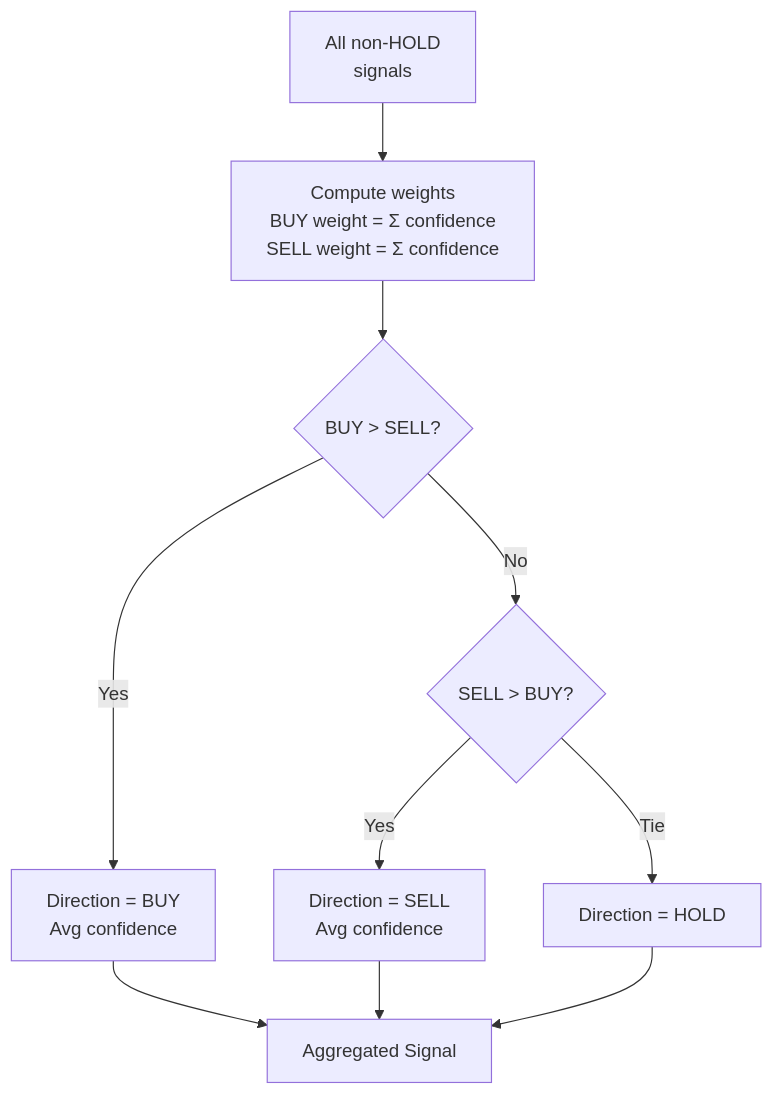
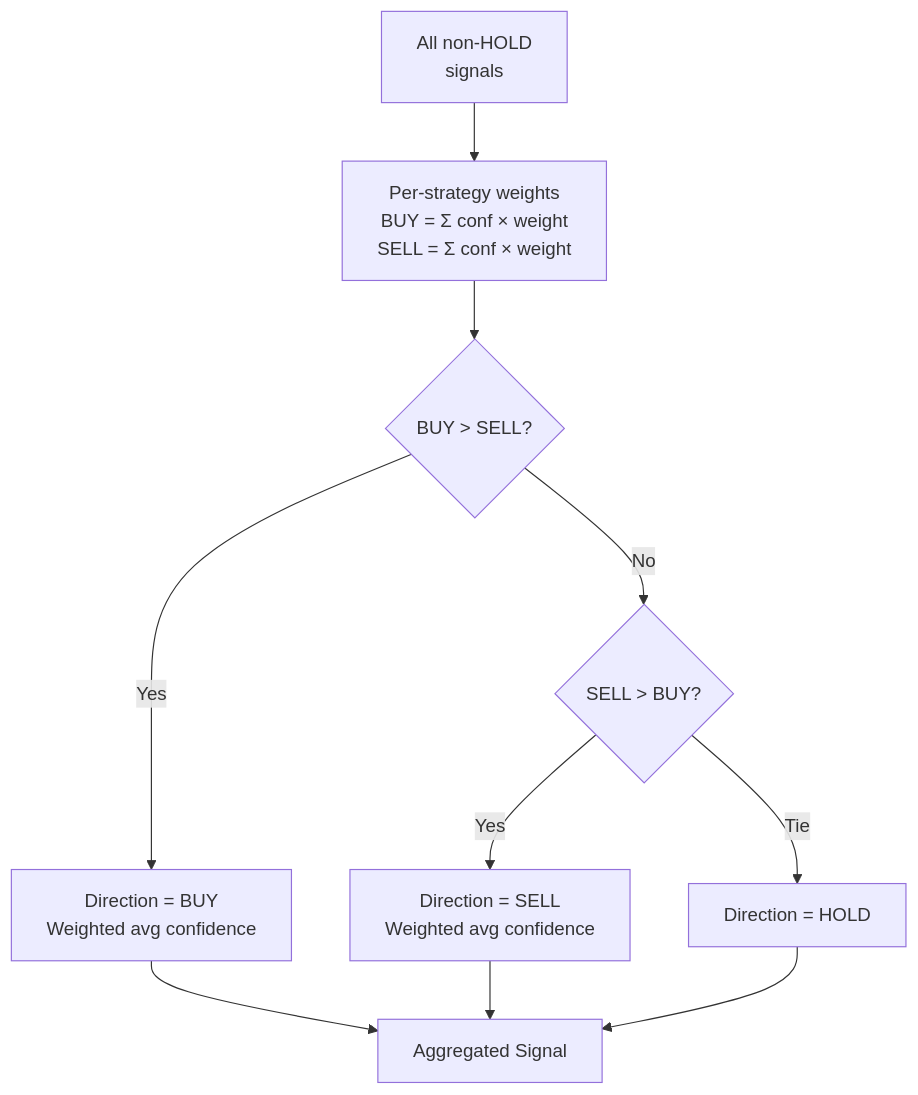
One commit to tarmosalong/tradingbot changed the seventh of 17 diagrams in README.md. Above: the diagram before and after it, drawn with Mermaid. The commit also changed other lines of this file and 10 other files, not shown here.

````diff
--- a/README.md
+++ b/README.md
@@ -447,12 +456,12 @@
 ```mermaid
 graph TD
-    SIG["All non-HOLD<br/>signals"] --> WEIGHT["Compute weights<br/>BUY weight = Σ confidence<br/>SELL weight = Σ confidence"]
+    SIG["All non-HOLD<br/>signals"] --> WEIGHT["Per-strategy weights<br/>BUY = Σ conf × weight<br/>SELL = Σ conf × weight"]
     WEIGHT --> CMP{"BUY > SELL?"}
-    CMP -->|Yes| BUY_DIR["Direction = BUY<br/>Avg confidence"]
+    CMP -->|Yes| BUY_DIR["Direction = BUY<br/>Weighted avg confidence"]
     CMP -->|No| CMP2{"SELL > BUY?"}
-    CMP2 -->|Yes| SELL_DIR["Direction = SELL<br/>Avg confidence"]
+    CMP2 -->|Yes| SELL_DIR["Direction = SELL<br/>Weighted avg confidence"]
     CMP2 -->|Tie| HOLD["Direction = HOLD"]
     BUY_DIR --> FINAL["Aggregated Signal"]
     SELL_DIR --> FINAL
     HOLD --> FINAL
 ```
````
